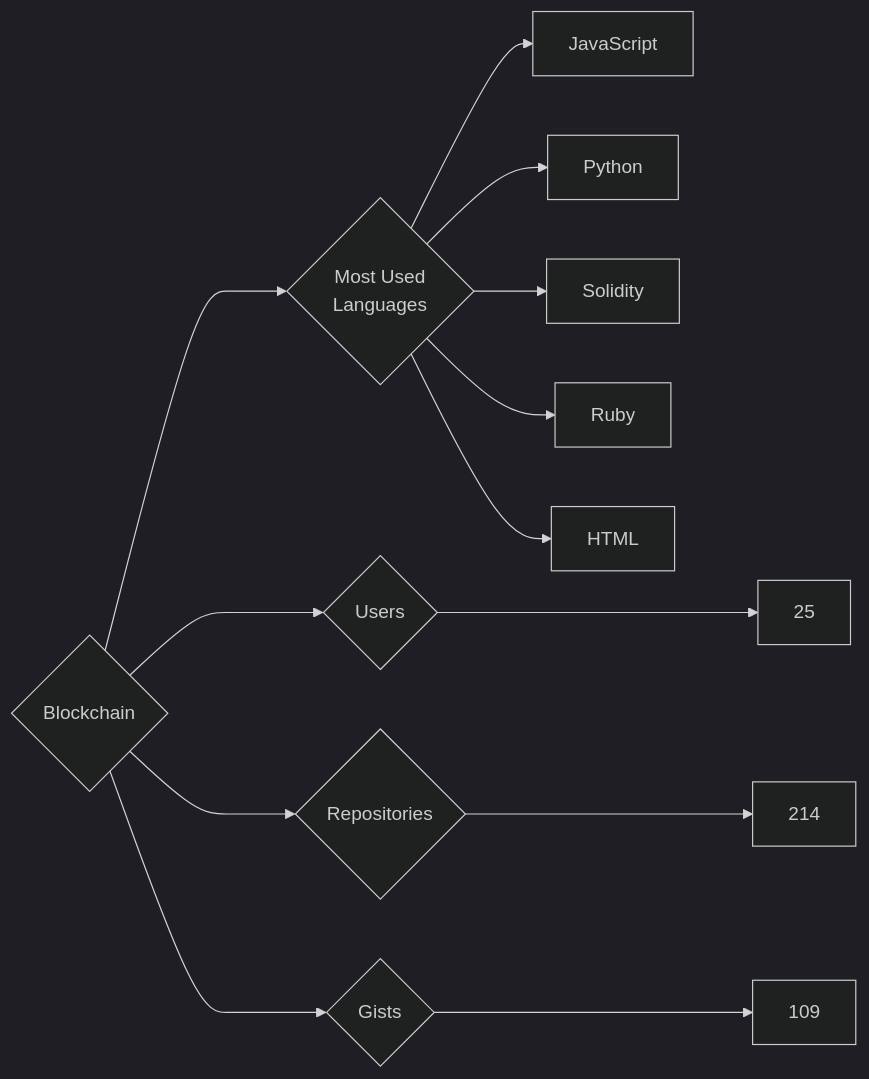
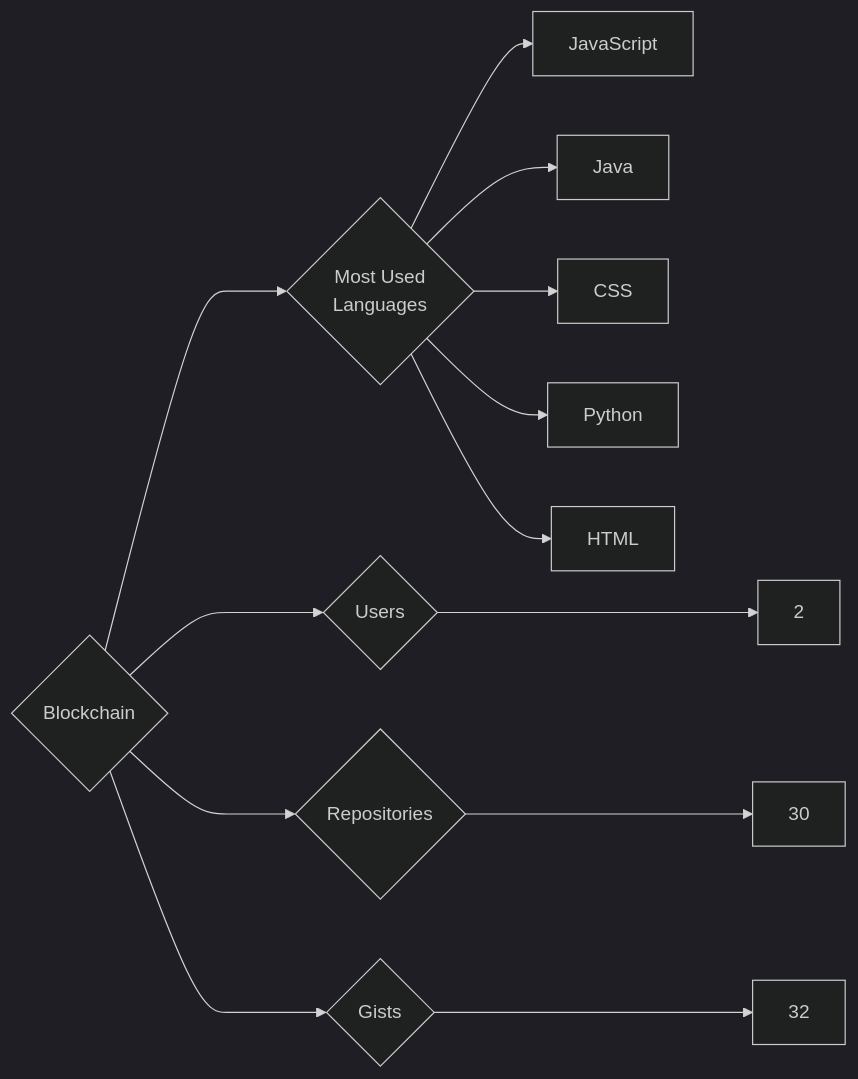
Before and after one commit to trickest/insiders: the diagram in targets/Blockchain/README.md, drawn with Mermaid (dark theme). The commit also changed 870 other files, not shown here.

````diff
--- a/targets/Blockchain/README.md
+++ b/targets/Blockchain/README.md
@@ -3,13 +3,13 @@
 ```mermaid
 graph LR
 COMPANY_NAME{Blockchain}
-COMPANY_NAME ---> U{Users} ---> UN[25]
-COMPANY_NAME ---> R{Repositories} ---> RN[214]
-COMPANY_NAME ---> G{Gists} ---> GN[109]
+COMPANY_NAME ---> U{Users} ---> UN[2]
+COMPANY_NAME ---> R{Repositories} ---> RN[30]
+COMPANY_NAME ---> G{Gists} ---> GN[32]
 COMPANY_NAME ---> ML{Most Used<br>Languages}
 ML --> JavaScript[JavaScript]
+ML --> Java[Java]
+ML --> CSS[CSS]
 ML --> Python[Python]
-ML --> Solidity[Solidity]
-ML --> Ruby[Ruby]
 ML --> HTML[HTML]
 ```
````
